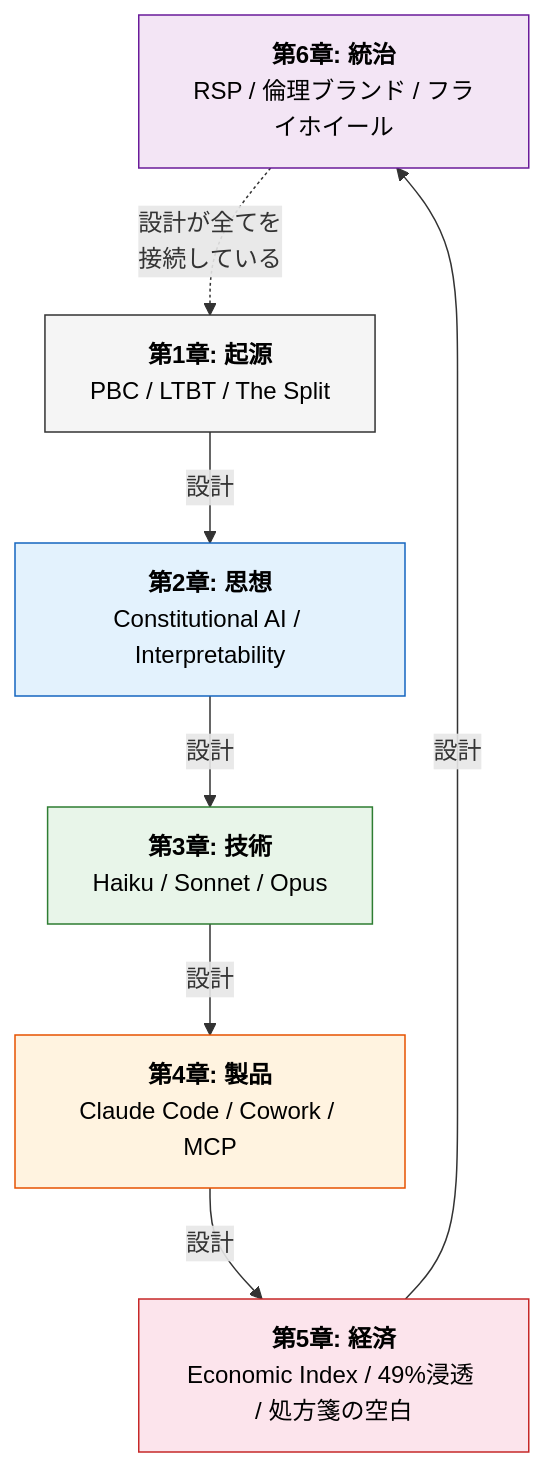
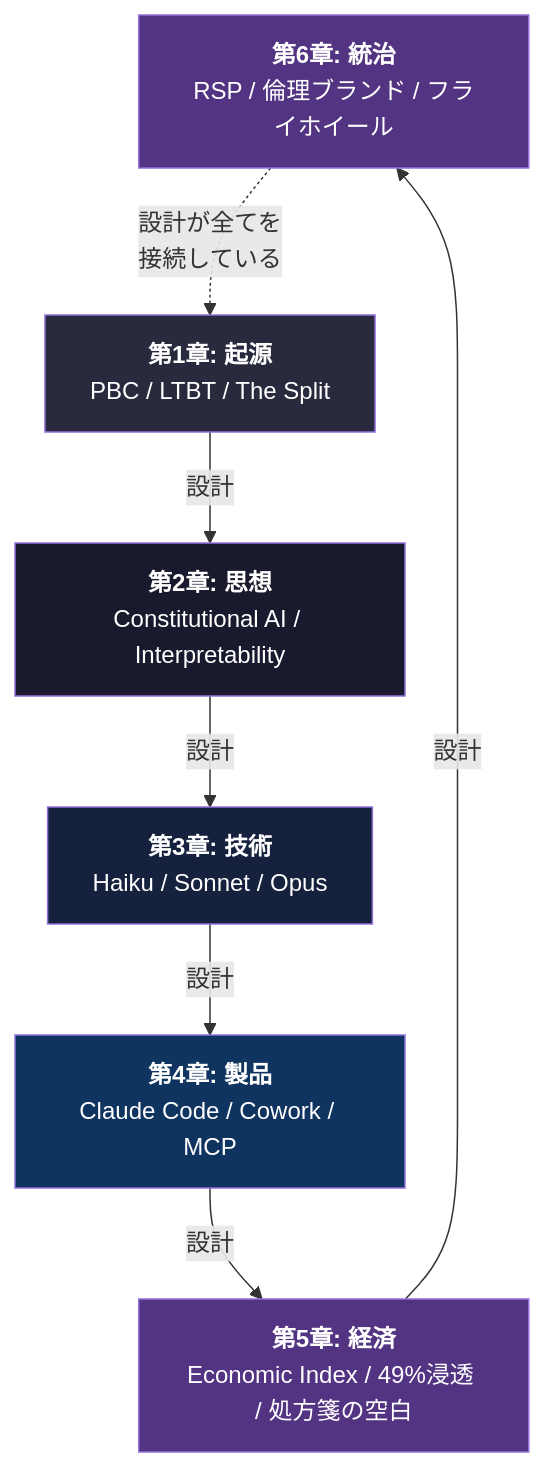
Before and after one commit to Leading-AI-IO/anatomy-of-anthropic: diagram 14 of 14 in docs/jp/anatomy_of_anthropic_jp.md, drawn with Mermaid. The commit also changed other lines of this file, not shown here.

````diff
--- a/docs/jp/anatomy_of_anthropic_jp.md
+++ b/docs/jp/anatomy_of_anthropic_jp.md
@@ -1164,23 +1188,23 @@
 ```mermaid
 flowchart TB
     G["<b>第6章: 統治</b><br/>RSP / 倫理ブランド / フライホイール"]
     E["<b>第5章: 経済</b><br/>Economic Index / 49%浸透 / 処方箋の空白"]
     P["<b>第4章: 製品</b><br/>Claude Code / Cowork / MCP"]
     T["<b>第3章: 技術</b><br/>Haiku / Sonnet / Opus"]
     Ph["<b>第2章: 思想</b><br/>Constitutional AI / Interpretability"]
     O["<b>第1章: 起源</b><br/>PBC / LTBT / The Split"]
 
     O -->|"設計"| Ph
     Ph -->|"設計"| T
     T -->|"設計"| P
     P -->|"設計"| E
     E -->|"設計"| G
     G -.->|"設計が全てを<br/>接続している"| O
 
-    style O fill:#f5f5f5,stroke:#333,color:#000
-    style Ph fill:#e3f2fd,stroke:#1565c0,color:#000
-    style T fill:#e8f5e9,stroke:#2e7d32,color:#000
-    style P fill:#fff3e0,stroke:#e65100,color:#000
-    style E fill:#fce4ec,stroke:#c62828,color:#000
-    style G fill:#f3e5f5,stroke:#6a1b9a,color:#000
+    style O fill:#2a2a3e,color:#fff
+    style Ph fill:#1a1a2e,color:#fff
+    style T fill:#16213e,color:#fff
+    style P fill:#0f3460,color:#fff
+    style E fill:#533483,color:#fff
+    style G fill:#533483,color:#fff
 ```
````
